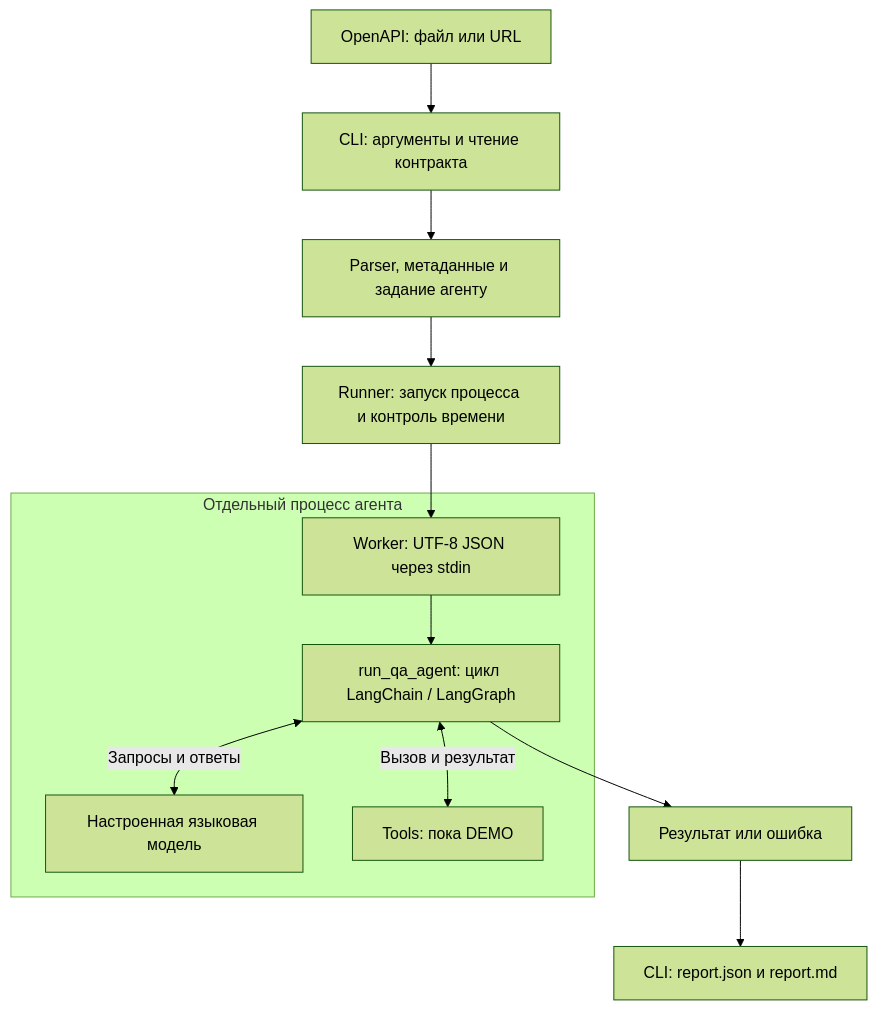
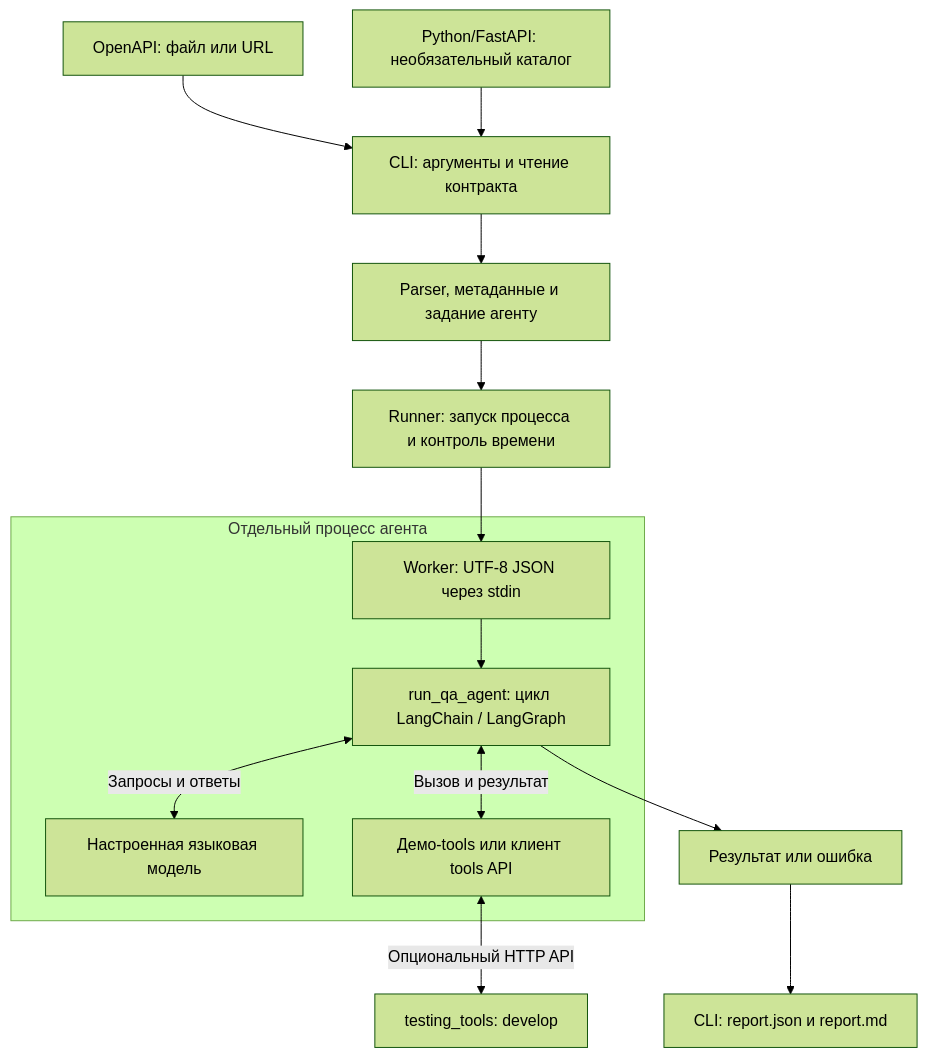
One commit to OsipShmel/arqua-1 changed the diagram in README.md. Above: the diagram before and after it, drawn with Mermaid (forest theme). The commit also changed other lines of this file and 23 other files, not shown here.

Commit message:
feat(cli): add source context, OpenAPI summary, tools gateway and run provenance

````diff
--- a/README.md
+++ b/README.md
@@ -59,14 +68,16 @@
 ```mermaid
 flowchart TD
     Input["OpenAPI: файл или URL"] --> CLI["CLI: аргументы и чтение контракта"]
     CLI --> Context["Parser, метаданные и задание агенту"]
+    Source["Python/FastAPI: необязательный каталог"] --> CLI
     Context --> Runner["Runner: запуск процесса и контроль времени"]
     Runner --> Worker["Worker: UTF-8 JSON через stdin"]
     subgraph AgentProcess["Отдельный процесс агента"]
         Worker --> Agent["run_qa_agent: цикл LangChain / LangGraph"]
         Agent <-->|"Запросы и ответы"| LLM["Настроенная языковая модель"]
-        Agent <-->|"Вызов и результат"| Tools["Tools: пока DEMO"]
+        Agent <-->|"Вызов и результат"| Tools["Демо-tools или клиент tools API"]
     end
+    Tools <-->|"Опциональный HTTP API"| Service["testing_tools: develop"]
     Agent --> Result["Результат или ошибка"]
     Result --> Reports["CLI: report.json и report.md"]
 ```
````
